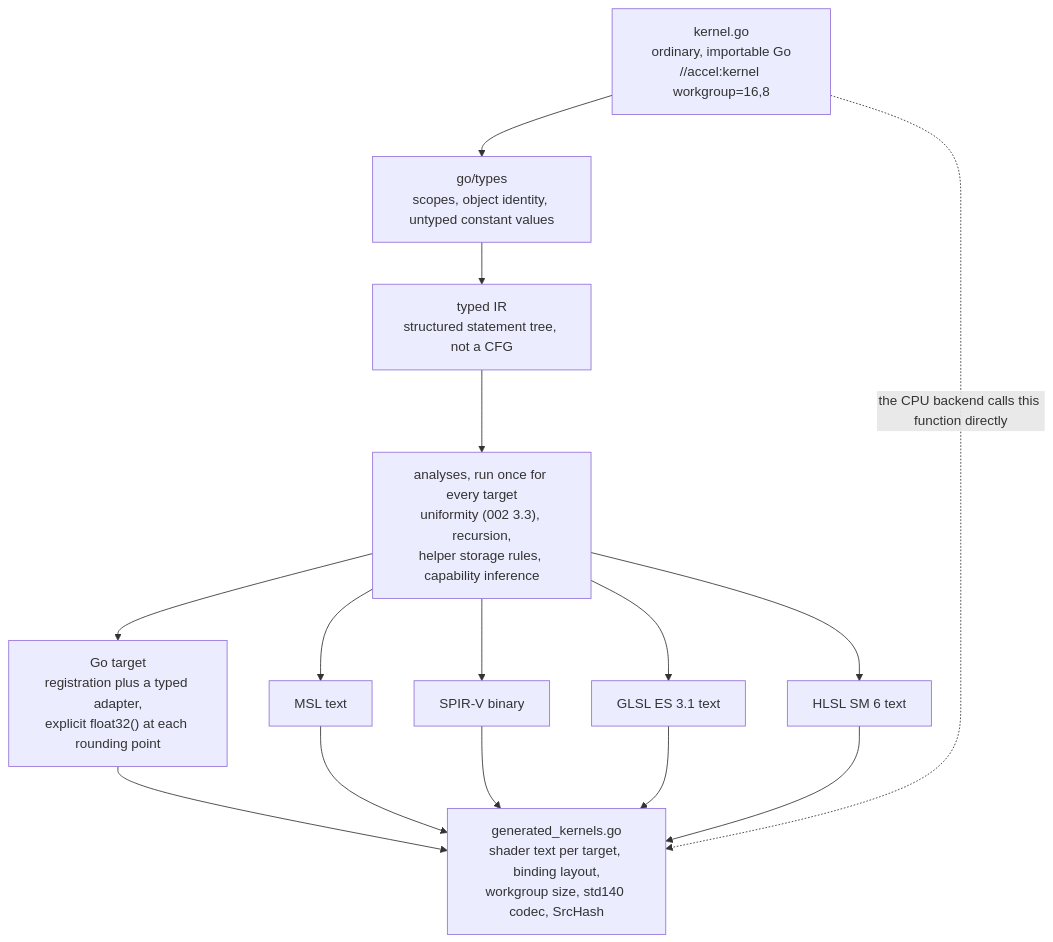
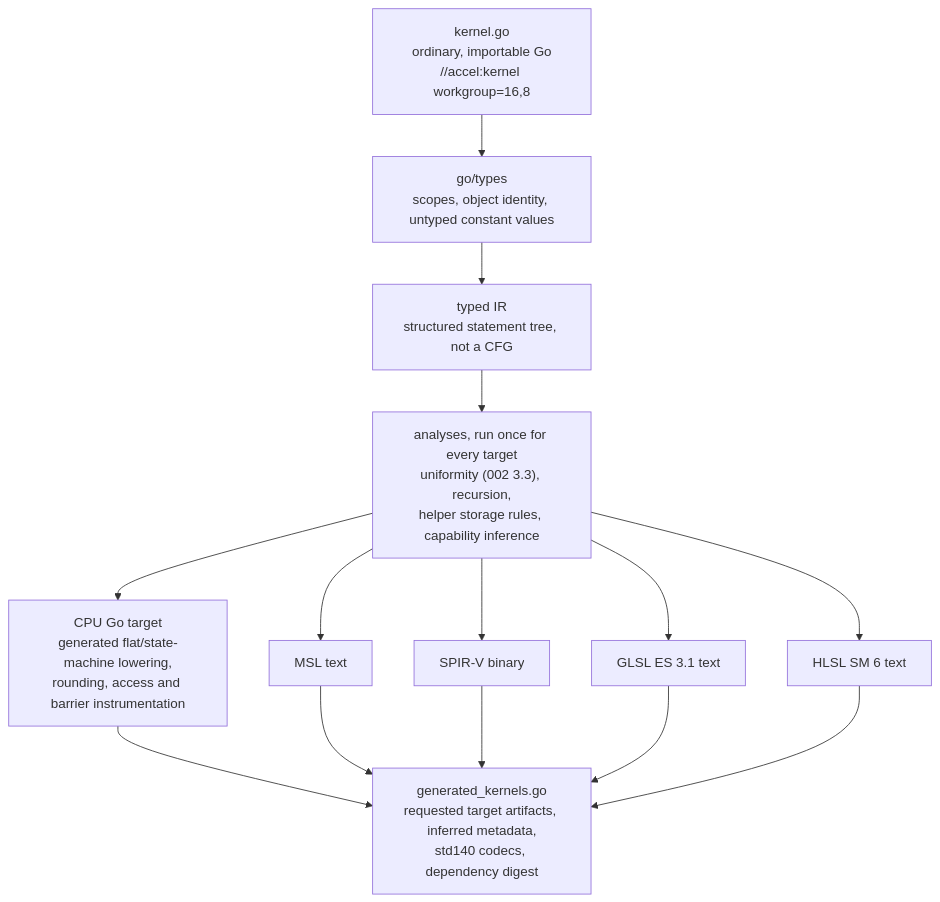
The diagram in specs/004-kernel-authoring.md (golang-design/accel), drawn with Mermaid before and after one commit. The commit also changed other lines of this file and 6 other files, not shown here.

````diff
--- a/specs/004-kernel-authoring.md
+++ b/specs/004-kernel-authoring.md
@@ -307,26 +424,25 @@
 ```mermaid
 flowchart TD
     SRC["kernel.go<br/>ordinary, importable Go<br/>//accel:kernel workgroup=16,8"]
     TC["go/types<br/>scopes, object identity, untyped constant values"]
     IR["typed IR<br/>structured statement tree, not a CFG"]
     AN["analyses, run once for every target<br/>uniformity (002 3.3), recursion,<br/>helper storage rules, capability inference"]
-    GO["Go target<br/>registration plus a typed adapter,<br/>explicit float32() at each rounding point"]
+    GO["CPU Go target<br/>generated flat/state-machine lowering,<br/>rounding, access and barrier instrumentation"]
     MSL["MSL text"]
     SPV["SPIR-V binary"]
     GLSL["GLSL ES 3.1 text"]
     HLSL["HLSL SM 6 text"]
-    GEN["generated_kernels.go<br/>shader text per target, binding layout,<br/>workgroup size, std140 codec, SrcHash"]
+    GEN["generated_kernels.go<br/>requested target artifacts, inferred metadata,<br/>std140 codecs, dependency digest"]
 
     SRC --> TC --> IR --> AN
     AN --> GO
     AN --> MSL
     AN --> SPV
     AN --> GLSL
     AN --> HLSL
     GO --> GEN
     MSL --> GEN
     SPV --> GEN
     GLSL --> GEN
     HLSL --> GEN
-    SRC -. "the CPU backend calls this function directly" .-> GEN
 ```
````
